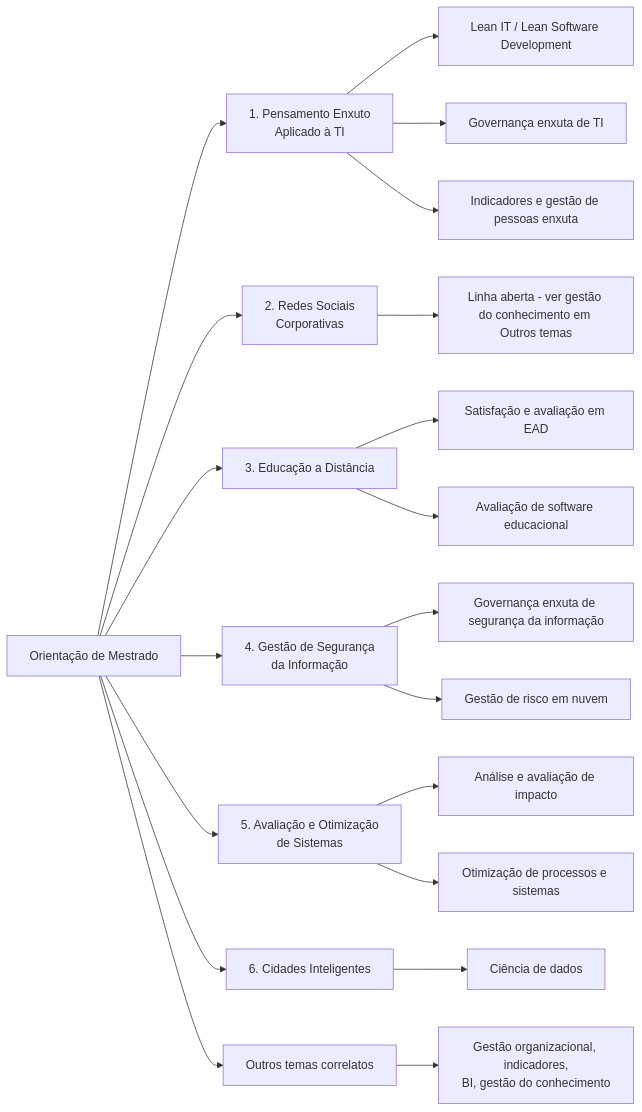
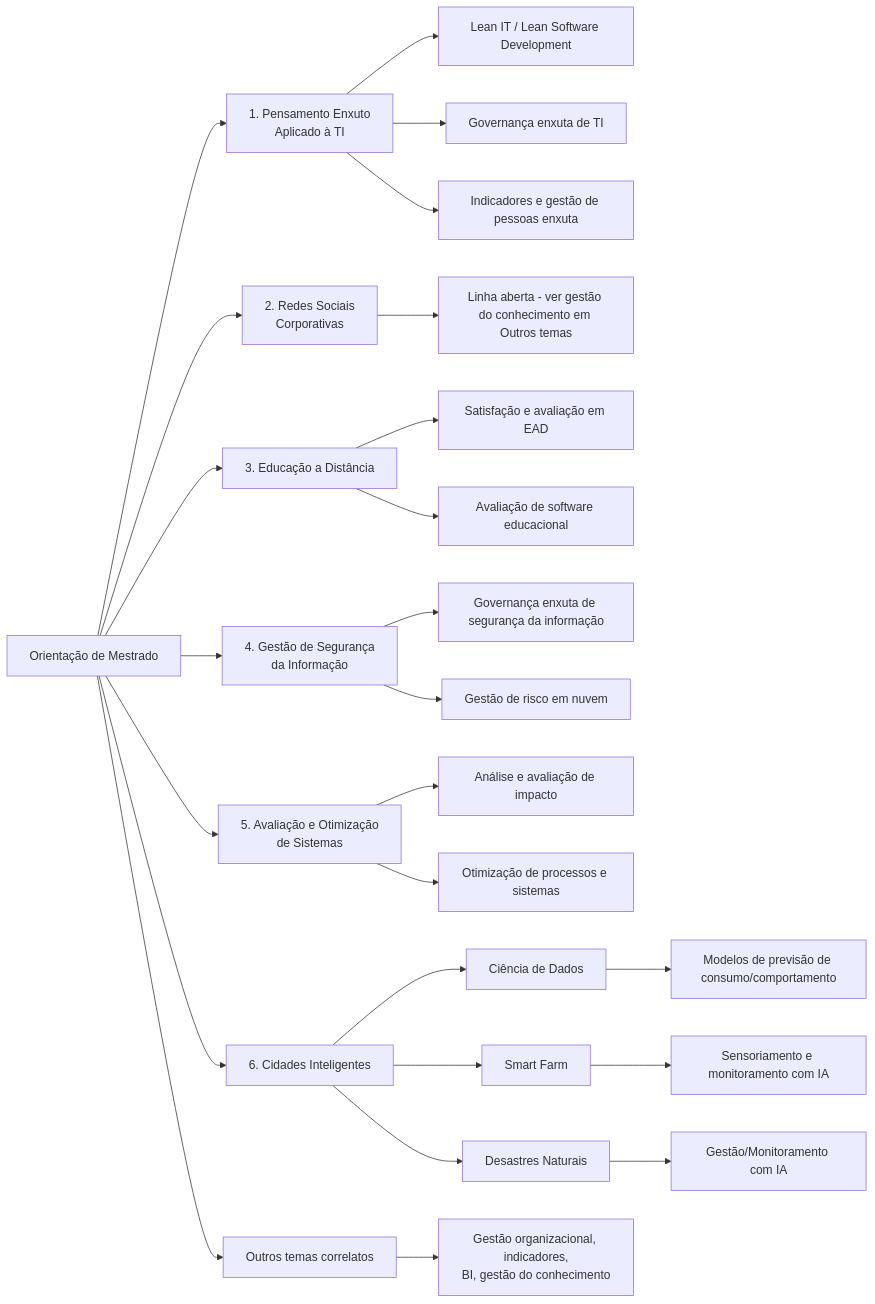
The diagram in linhas-de-pesquisa-mestrado.md (mehranmisaghi/orientacoes), drawn with Mermaid before and after one commit.

````diff
--- a/linhas-de-pesquisa-mestrado.md
+++ b/linhas-de-pesquisa-mestrado.md
@@ -10,29 +10,31 @@
 ```mermaid
 flowchart LR
     A[Orientação de Mestrado] --> L1[1. Pensamento Enxuto<br/>Aplicado à TI]
     A --> L2[2. Redes Sociais<br/>Corporativas]
     A --> L3[3. Educação a Distância]
     A --> L4[4. Gestão de Segurança<br/>da Informação]
     A --> L5[5. Avaliação e Otimização<br/>de Sistemas]
     A --> L6[6. Cidades Inteligentes]
     A --> L7[Outros temas correlatos]
 
     L1 --> L1a[Lean IT / Lean Software Development]
     L1 --> L1b[Governança enxuta de TI]
     L1 --> L1c[Indicadores e gestão de pessoas enxuta]
 
     L2 --> L2a[Linha aberta - ver gestão do conhecimento em Outros temas]
 
     L3 --> L3a[Satisfação e avaliação em EAD]
     L3 --> L3b[Avaliação de software educacional]
 
     L4 --> L4a[Governança enxuta de segurança da informação]
     L4 --> L4b[Gestão de risco em nuvem]
 
     L5 --> L5a[Análise e avaliação de impacto]
     L5 --> L5b[Otimização de processos e sistemas]
 
-    L6 --> L6a[Ciência de dados]
+    L6 --> L6a[Ciência de Dados] --> L6a1[Modelos de previsão de consumo/comportamento]
+    L6 --> L6b[Smart Farm] --> L6b1[Sensoriamento e monitoramento com IA ]
+    L6 --> L6c[Desastres Naturais] --> L6c1[Gestão/Monitoramento com IA]
 
     L7 --> L7a[Gestão organizacional, indicadores,<br/>BI, gestão do conhecimento]
 ```
````
